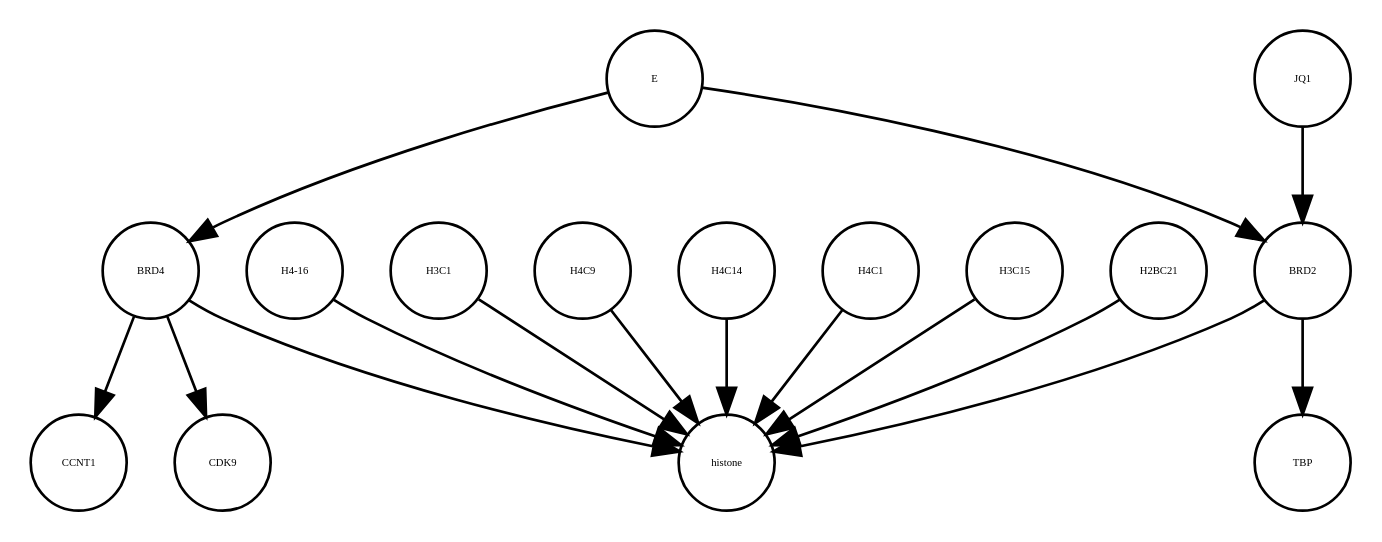
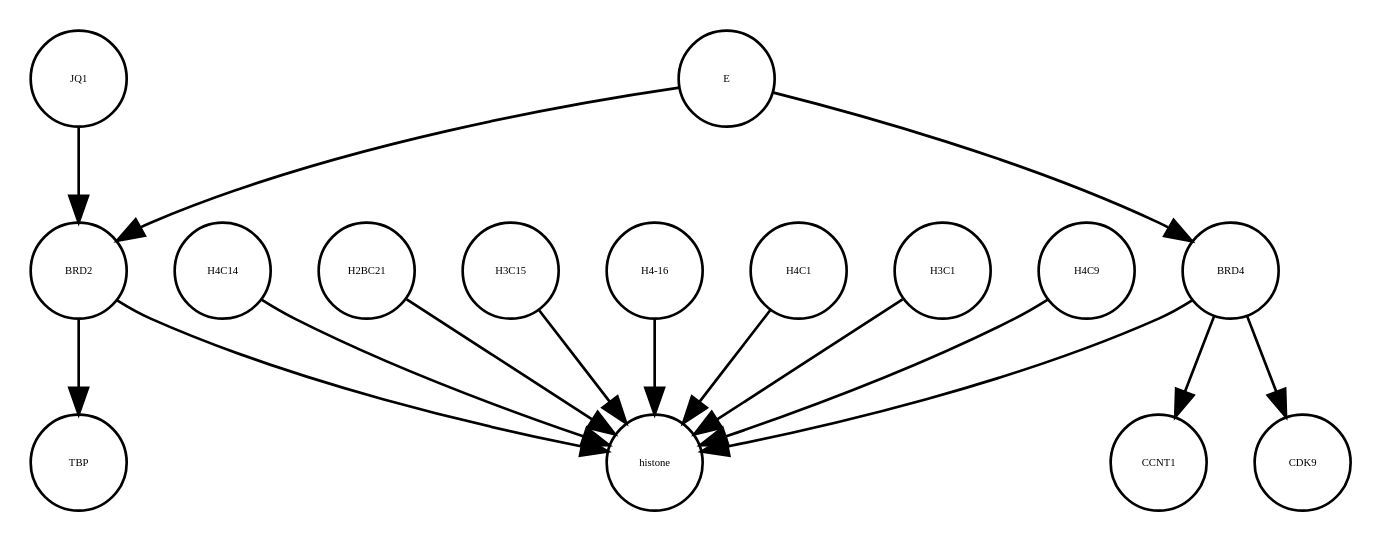
The diagram in E_SARS_CoV_2_22_05_2020.xml_projected.dot (cannin/covid19-sbgn), drawn with Graphviz before and after one commit. The commit also changed other lines of this file and 564 other files, not shown here.

```diff
--- a/E_SARS_CoV_2_22_05_2020.xml_projected.dot
+++ b/E_SARS_CoV_2_22_05_2020.xml_projected.dot
@@ -1,32 +1,32 @@
 strict digraph  {
-"H4-16" [annotation="", bipartite=0, cls=macromolecule, fontsize=4, label="H4-16", shape=circle];
 BRD4 [annotation="", bipartite=0, cls=macromolecule, fontsize=4, label=BRD4, shape=circle];
 TBP [annotation="", bipartite=0, cls=macromolecule, fontsize=4, label=TBP, shape=circle];
+H4C14 [annotation="", bipartite=0, cls=macromolecule, fontsize=4, label=H4C14, shape=circle];
 CCNT1 [annotation="", bipartite=0, cls=macromolecule, fontsize=4, label=CCNT1, shape=circle];
 histone [annotation="", bipartite=0, cls=complex, fontsize=4, label=histone, shape=circle];
+H2BC21 [annotation="", bipartite=0, cls=macromolecule, fontsize=4, label=H2BC21, shape=circle];
+H3C15 [annotation="", bipartite=0, cls=macromolecule, fontsize=4, label=H3C15, shape=circle];
+CDK9 [annotation="", bipartite=0, cls=macromolecule, fontsize=4, label=CDK9, shape=circle];
+BRD2 [annotation="", bipartite=0, cls=macromolecule, fontsize=4, label=BRD2, shape=circle];
+JQ1 [annotation="", bipartite=0, cls=macromolecule, fontsize=4, label=JQ1, shape=circle];
+"H4-16" [annotation="", bipartite=0, cls=macromolecule, fontsize=4, label="H4-16", shape=circle];
 E [annotation=urn_miriam_ncbiprotein_BCD58755, bipartite=0, cls=macromolecule, fontsize=4, label=E, shape=circle];
+H4C1 [annotation="", bipartite=0, cls=macromolecule, fontsize=4, label=H4C1, shape=circle];
 H3C1 [annotation="", bipartite=0, cls=macromolecule, fontsize=4, label=H3C1, shape=circle];
 H4C9 [annotation="", bipartite=0, cls=macromolecule, fontsize=4, label=H4C9, shape=circle];
-H4C14 [annotation="", bipartite=0, cls=macromolecule, fontsize=4, label=H4C14, shape=circle];
-H4C1 [annotation="", bipartite=0, cls=macromolecule, fontsize=4, label=H4C1, shape=circle];
-CDK9 [annotation="", bipartite=0, cls=macromolecule, fontsize=4, label=CDK9, shape=circle];
-BRD2 [annotation="", bipartite=0, cls=macromolecule, fontsize=4, label=BRD2, shape=circle];
-H3C15 [annotation="", bipartite=0, cls=macromolecule, fontsize=4, label=H3C15, shape=circle];
-JQ1 [annotation="", bipartite=0, cls=macromolecule, fontsize=4, label=JQ1, shape=circle];
-H2BC21 [annotation="", bipartite=0, cls=macromolecule, fontsize=4, label=H2BC21, shape=circle];
-"H4-16" -> histone  [annotation="", interaction_type=production];
+BRD4 -> CCNT1  [annotation="", interaction_type=catalysis];
 BRD4 -> CDK9  [annotation=urn_miriam_taxonomy_10090, interaction_type=catalysis];
 BRD4 -> histone  [annotation="urn_miriam_doi_10.1038%2Fnsmb.3228.|urn_miriam_doi_10.1016%2Fj.molcel.2008.01.018", interaction_type=catalysis];
-BRD4 -> CCNT1  [annotation="", interaction_type=catalysis];
+H4C14 -> histone  [annotation="", interaction_type=production];
+H2BC21 -> histone  [annotation="", interaction_type=production];
+H3C15 -> histone  [annotation="", interaction_type=production];
+BRD2 -> histone  [annotation="urn_miriam_doi_10.1038%2Fnsmb.3228.|urn_miriam_doi_10.1016%2Fj.molcel.2008.01.018", interaction_type=catalysis];
+BRD2 -> TBP  [annotation="urn_miriam_doi_10.1007%2Fs11010-006-9223-6", interaction_type=catalysis];
+JQ1 -> BRD2  [annotation="urn_miriam_doi_10.1038%2Fs41586-020-2286-9|urn_miriam_doi_10.1080%2F15592294.2018.1469891", interaction_type=inhibition];
+"H4-16" -> histone  [annotation="", interaction_type=production];
+E -> BRD4  [annotation="urn_miriam_doi_10.1038%2Fs41586-020-2286-9", interaction_type=inhibition];
 E -> BRD2  [annotation="urn_miriam_doi_10.1038%2Fs41586-020-2286-9|urn_miriam_doi_10.1080%2F15592294.2018.1469891", interaction_type=inhibition];
-E -> BRD4  [annotation="urn_miriam_doi_10.1038%2Fs41586-020-2286-9", interaction_type=inhibition];
+H4C1 -> histone  [annotation="", interaction_type=production];
 H3C1 -> histone  [annotation="", interaction_type=production];
 H4C9 -> histone  [annotation="", interaction_type=production];
-H4C14 -> histone  [annotation="", interaction_type=production];
-H4C1 -> histone  [annotation="", interaction_type=production];
-BRD2 -> histone  [annotation="urn_miriam_doi_10.1038%2Fnsmb.3228.|urn_miriam_doi_10.1016%2Fj.molcel.2008.01.018", interaction_type=catalysis];
-BRD2 -> TBP  [annotation="urn_miriam_doi_10.1007%2Fs11010-006-9223-6", interaction_type=catalysis];
-H3C15 -> histone  [annotation="", interaction_type=production];
-JQ1 -> BRD2  [annotation="urn_miriam_doi_10.1038%2Fs41586-020-2286-9|urn_miriam_doi_10.1080%2F15592294.2018.1469891", interaction_type=inhibition];
-H2BC21 -> histone  [annotation="", interaction_type=production];
 }
```
